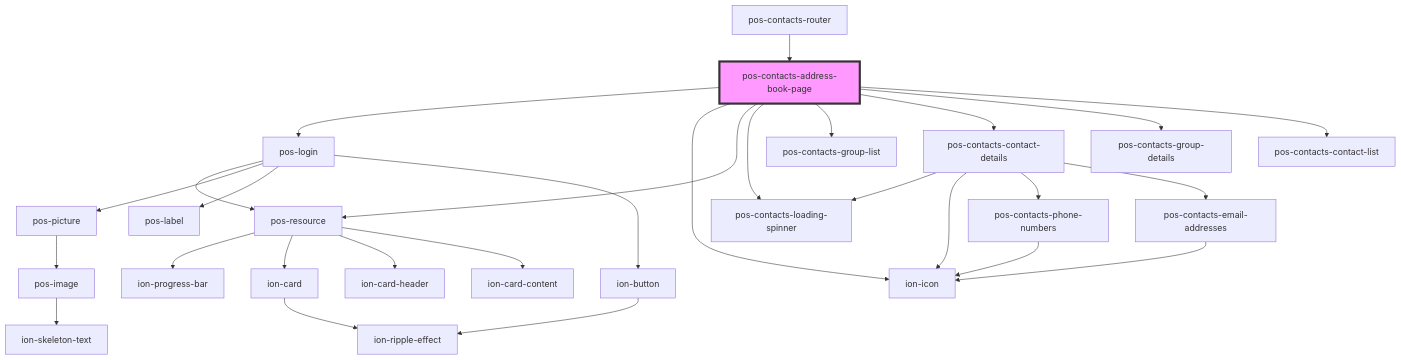
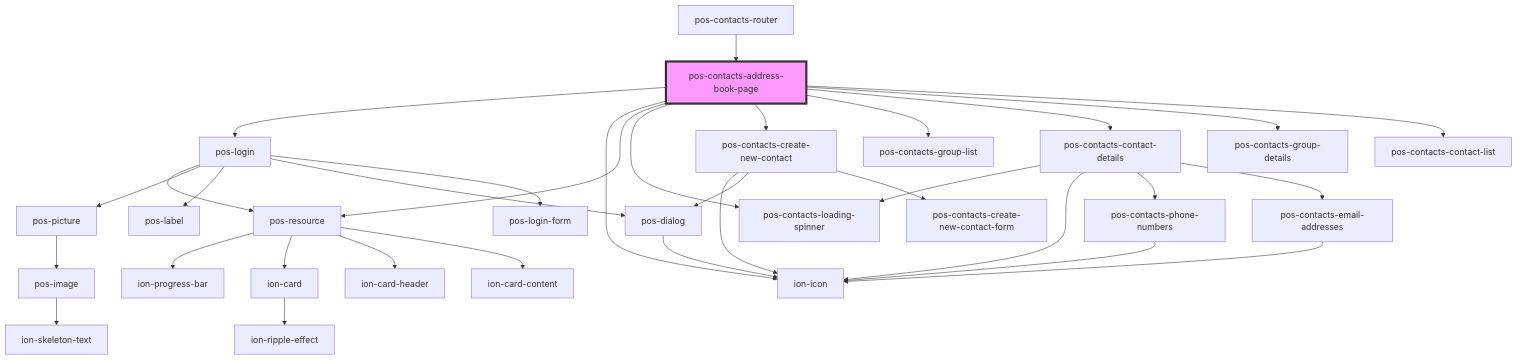
Before and after one commit to pod-os/PodOS: the diagram in contacts/src/components/address-book-page/readme.md, drawn with Mermaid. The commit also changed other lines of this file and 4 other files, not shown here.

````diff
--- a/contacts/src/components/address-book-page/readme.md
+++ b/contacts/src/components/address-book-page/readme.md
@@ -34,31 +35,36 @@
 ```mermaid
 graph TD;
   pos-contacts-address-book-page --> pos-login
   pos-contacts-address-book-page --> ion-icon
   pos-contacts-address-book-page --> pos-resource
   pos-contacts-address-book-page --> pos-contacts-loading-spinner
+  pos-contacts-address-book-page --> pos-contacts-create-new-contact
   pos-contacts-address-book-page --> pos-contacts-group-list
   pos-contacts-address-book-page --> pos-contacts-contact-details
   pos-contacts-address-book-page --> pos-contacts-group-details
   pos-contacts-address-book-page --> pos-contacts-contact-list
   pos-login --> pos-resource
   pos-login --> pos-picture
   pos-login --> pos-label
-  pos-login --> ion-button
+  pos-login --> pos-dialog
+  pos-login --> pos-login-form
   pos-resource --> ion-progress-bar
   pos-resource --> ion-card
   pos-resource --> ion-card-header
   pos-resource --> ion-card-content
   ion-card --> ion-ripple-effect
   pos-picture --> pos-image
   pos-image --> ion-skeleton-text
-  ion-button --> ion-ripple-effect
+  pos-dialog --> ion-icon
+  pos-contacts-create-new-contact --> ion-icon
+  pos-contacts-create-new-contact --> pos-dialog
+  pos-contacts-create-new-contact --> pos-contacts-create-new-contact-form
   pos-contacts-contact-details --> pos-contacts-loading-spinner
   pos-contacts-contact-details --> ion-icon
   pos-contacts-contact-details --> pos-contacts-phone-numbers
   pos-contacts-contact-details --> pos-contacts-email-addresses
   pos-contacts-phone-numbers --> ion-icon
   pos-contacts-email-addresses --> ion-icon
   pos-contacts-router --> pos-contacts-address-book-page
   style pos-contacts-address-book-page fill:#f9f,stroke:#333,stroke-width:4px
 ```
````
